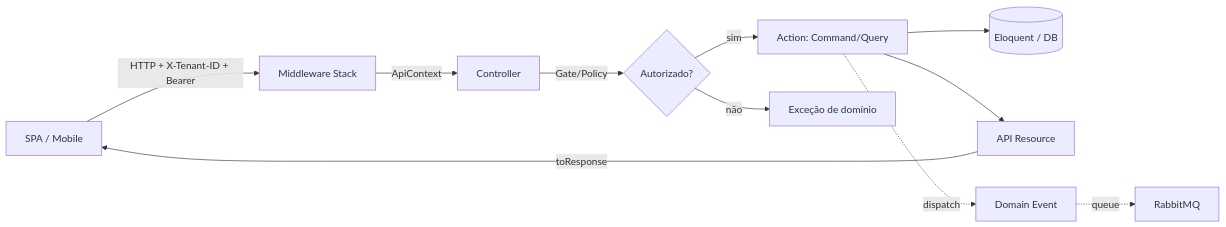
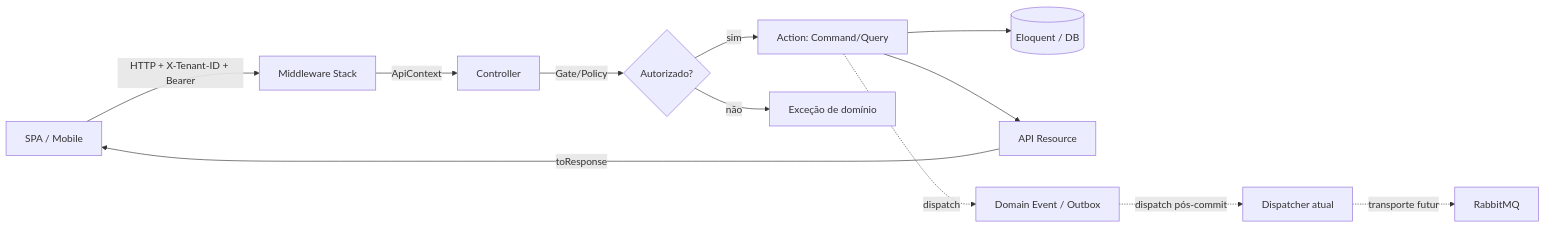
Before and after one commit to mercynet/ead-2026: the diagram in docs/specs/00-architecture/overview.md, drawn with Mermaid. The commit also changed other lines of this file and 4 other files, not shown here.

````diff
--- a/docs/specs/00-architecture/overview.md
+++ b/docs/specs/00-architecture/overview.md
@@ -38,13 +39,14 @@
 ```mermaid
 flowchart LR
     Client[SPA / Mobile] -->|HTTP + X-Tenant-ID + Bearer| MW[Middleware Stack]
     MW -->|ApiContext| Ctrl[Controller]
     Ctrl -->|Gate/Policy| Auth{Autorizado?}
     Auth -->|sim| Act[Action: Command/Query]
     Auth -->|não| Err[Exceção de domínio]
     Act --> Model[(Eloquent / DB)]
     Act --> Res[API Resource]
     Res -->|toResponse| Client
-    Act -.dispatch.-> Ev[Domain Event]
-    Ev -.queue.-> RabbitMQ
+    Act -.dispatch.-> Ev[Domain Event / Outbox]
+    Ev -.dispatch pós-commit.-> Worker[Dispatcher atual]
+    Worker -.transporte futuro.-> RabbitMQ
 ```
````
